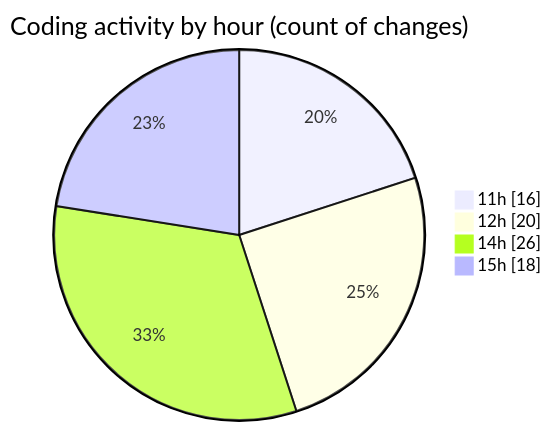
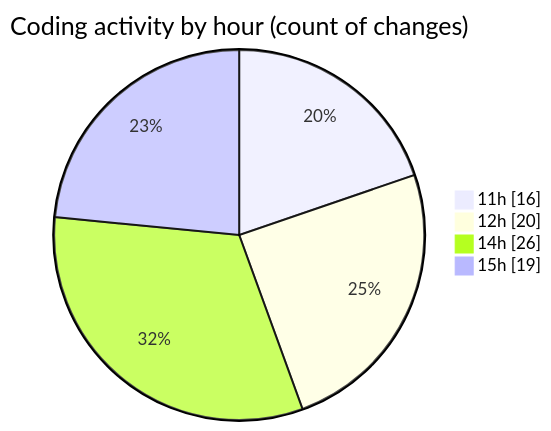
One commit to Netris89/code-tracking changed the second of 2 diagrams in 2025-03-26/back-end/README.md. Above: the diagram before and after it, drawn with Mermaid. The commit also changed other lines of this file and 1 other file, not shown here.

````diff
--- a/2025-03-26/back-end/README.md
+++ b/2025-03-26/back-end/README.md
@@ -57,8 +57,8 @@
 ```mermaid
 pie showData
 title Coding activity by hour (count of changes)
 "11h" : 16
 "12h" : 20
 "14h" : 26
-"15h" : 18
+"15h" : 19
 ```
````
